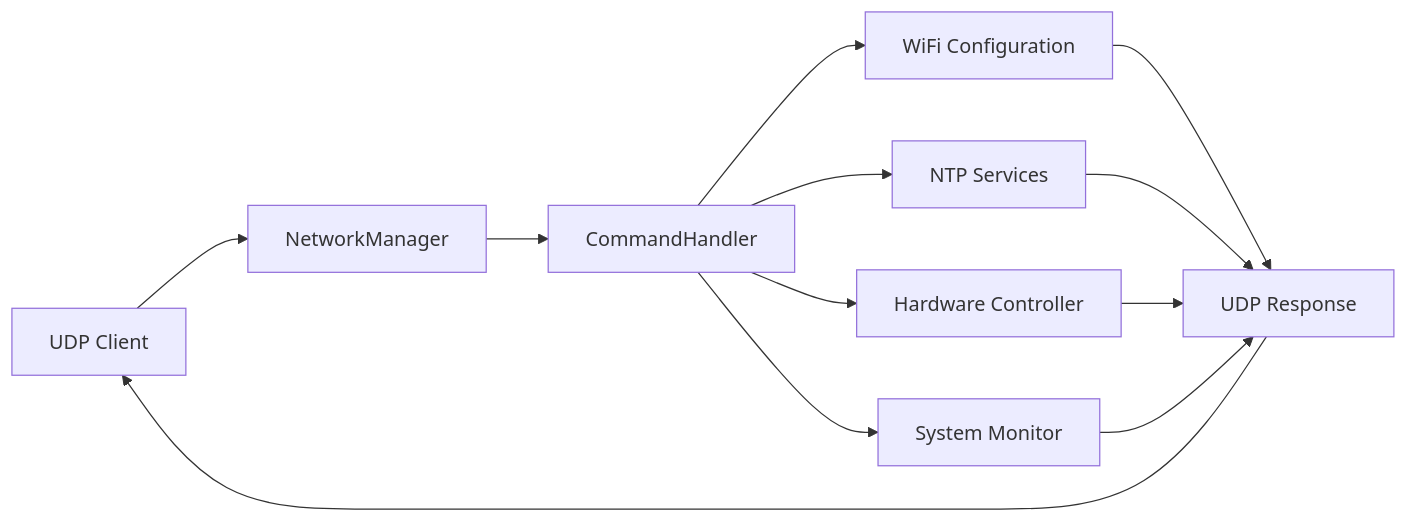
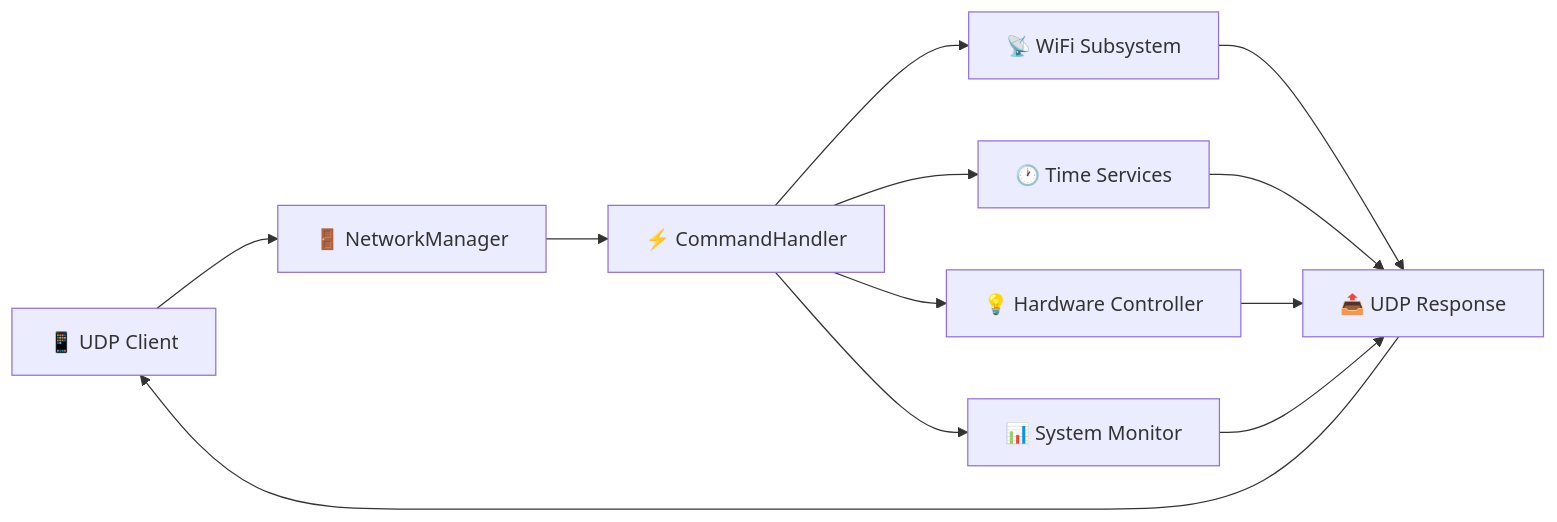
The fifth of 5 diagrams in README.md (paulocfmarques-collab/esp32_wifi), drawn with Mermaid before and after one commit. The commit also changed other lines of this file, not shown here.

````diff
--- a/README.md
+++ b/README.md
@@ -300,19 +257,18 @@
 ```mermaid
 flowchart LR
-    CLIENT[UDP Client]
-        --> GATEWAY[NetworkManager]
+    CLIENT["📱 UDP Client"]
+    --> GATEWAY["🚪 NetworkManager"]
+    --> HANDLER["⚡ CommandHandler"]
 
-    GATEWAY --> HANDLER[CommandHandler]
+    HANDLER --> WIFI["📡 WiFi Subsystem"]
+    HANDLER --> NTP["🕐 Time Services"]
+    HANDLER --> LED["💡 Hardware Controller"]
+    HANDLER --> MON["📊 System Monitor"]
 
-    HANDLER --> WIFI[WiFi Configuration]
-    HANDLER --> NTP[NTP Services]
-    HANDLER --> LED[Hardware Controller]
-    HANDLER --> MON[System Monitor]
-
-    WIFI --> RESPONSE[UDP Response]
+    WIFI --> RESPONSE["📤 UDP Response"]
     NTP --> RESPONSE
     LED --> RESPONSE
     MON --> RESPONSE
 
     RESPONSE --> CLIENT
 ```
````
